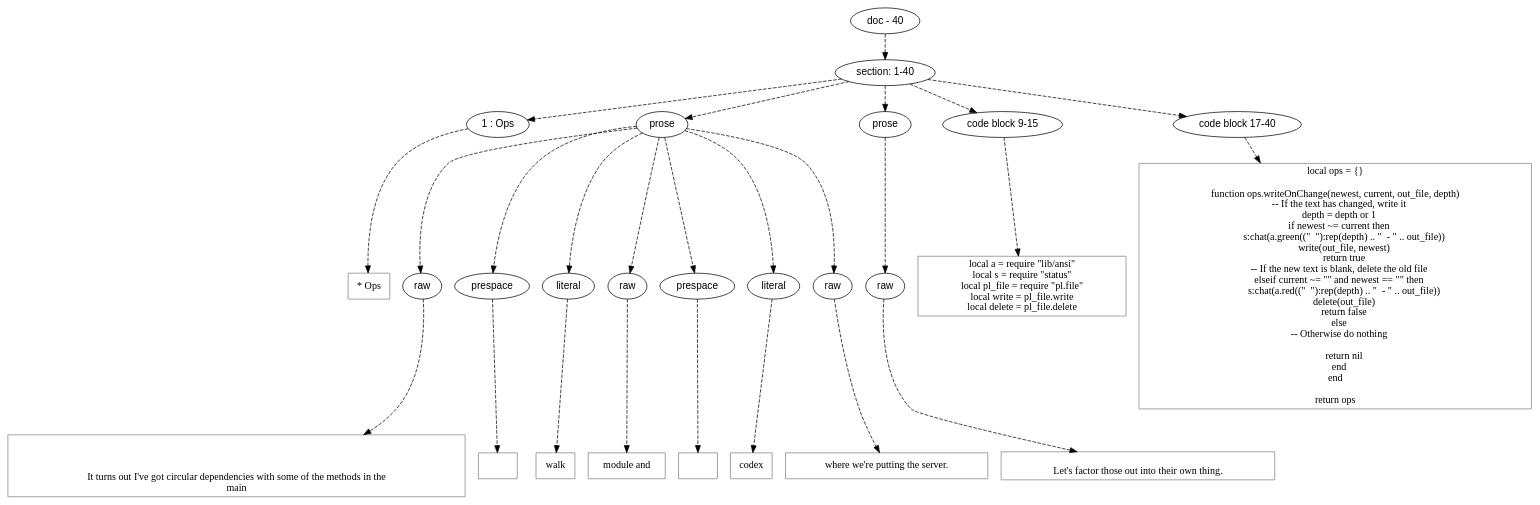
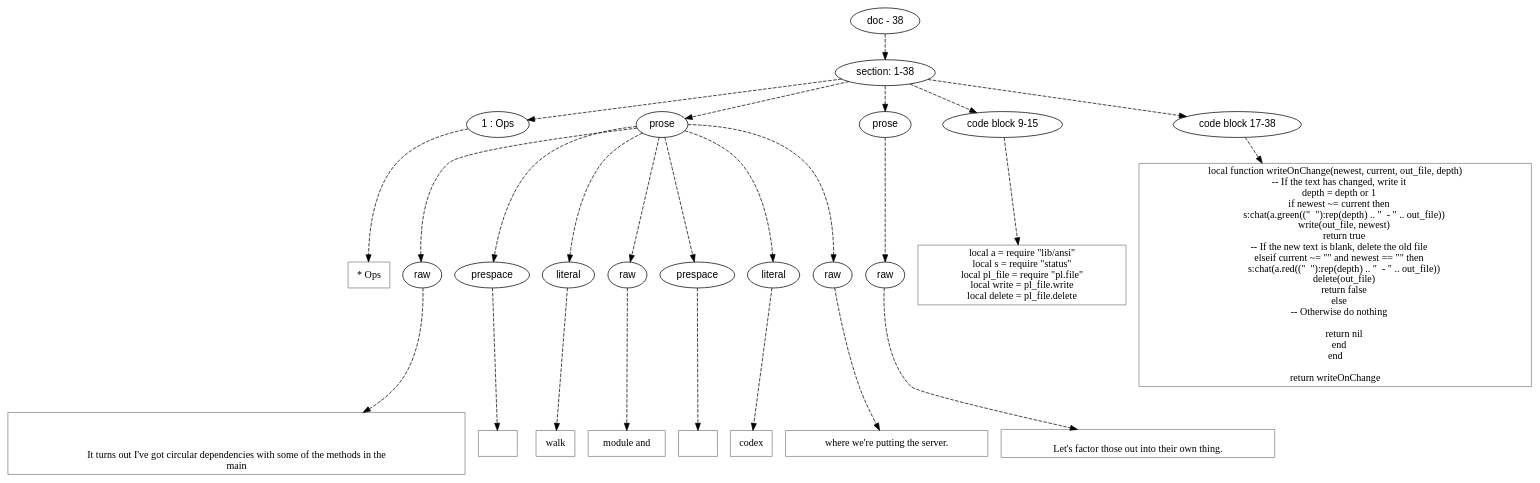
The diagram in doc/dot/walk/ops.dot (mnemnion/orb), drawn with Graphviz before and after one commit. The commit also changed 9 other files, not shown here.

```diff
--- a/doc/dot/walk/ops.dot
+++ b/doc/dot/walk/ops.dot
@@ -1,138 +1,136 @@
 digraph lpegNode {
 
 node [fontname=Helvetica]
 edge [style=dashed]
 
-doc_0 [label="doc - 40"]
+doc_0 [label="doc - 38"]
 
 
 doc_0 -> { section_1}
 {rank=same; section_1}
 
-section_1 [label="section: 1-40"]
+section_1 [label="section: 1-38"]
 
 
 // END RANK doc_0
 
 section_1 -> { header_2 prose_3 prose_4 codeblock_5 codeblock_6}
 {rank=same; header_2 prose_3 prose_4 codeblock_5 codeblock_6}
 
 header_2 [label="1 : Ops"]
 
 prose_3 [label="prose"]
 
 prose_4 [label="prose"]
 
 codeblock_5 [label="code block 9-15"]
 
-codeblock_6 [label="code block 17-40"]
+codeblock_6 [label="code block 17-38"]
 
 
 // END RANK section_1
 
 header_2 -> leaf_7
 leaf_7  [color=Gray,shape=rectangle,fontname=Inconsolata,label="* Ops"]
 // END RANK header_2
 
 prose_3 -> { raw_8 prespace_9 literal_10 raw_11 prespace_12 literal_13 raw_14}
 {rank=same; raw_8 prespace_9 literal_10 raw_11 prespace_12 literal_13 raw_14}
 
 raw_8 [label="raw"]
 
 prespace_9 [label="prespace"]
 
 literal_10 [label="literal"]
 
 raw_11 [label="raw"]
 
 prespace_12 [label="prespace"]
 
 literal_13 [label="literal"]
 
 raw_14 [label="raw"]
 
 
 // END RANK prose_3
 
 raw_8 -> leaf_15
 leaf_15  [color=Gray,shape=rectangle,fontname=Inconsolata,label="
 
 
 It turns out I've got circular dependencies with some of the methods in the
 main"]
 // END RANK raw_8
 
 prespace_9 -> leaf_16
 leaf_16  [color=Gray,shape=rectangle,fontname=Inconsolata,label=" "]
 // END RANK prespace_9
 
 literal_10 -> leaf_17
 leaf_17  [color=Gray,shape=rectangle,fontname=Inconsolata,label="walk"]
 // END RANK literal_10
 
 raw_11 -> leaf_18
 leaf_18  [color=Gray,shape=rectangle,fontname=Inconsolata,label=" module and"]
 // END RANK raw_11
 
 prespace_12 -> leaf_19
 leaf_19  [color=Gray,shape=rectangle,fontname=Inconsolata,label=" "]
 // END RANK prespace_12
 
 literal_13 -> leaf_20
 leaf_20  [color=Gray,shape=rectangle,fontname=Inconsolata,label="codex"]
 // END RANK literal_13
 
 raw_14 -> leaf_21
 leaf_21  [color=Gray,shape=rectangle,fontname=Inconsolata,label=" where we're putting the server.
 "]
 // END RANK raw_14
 
 prose_4 -> { raw_22}
 {rank=same; raw_22}
 
 raw_22 [label="raw"]
 
 
 // END RANK prose_4
 
 raw_22 -> leaf_23
 leaf_23  [color=Gray,shape=rectangle,fontname=Inconsolata,label="
 Let's factor those out into their own thing.
 "]
 // END RANK raw_22
 
 codeblock_5 -> leaf_24
 leaf_24  [color=Gray,shape=rectangle,fontname=Inconsolata,label="local a = require \"lib/ansi\"
 local s = require \"status\"
 local pl_file = require \"pl.file\"
 local write = pl_file.write
 local delete = pl_file.delete"]
 // END RANK codeblock_5
 
 codeblock_6 -> leaf_25
-leaf_25  [color=Gray,shape=rectangle,fontname=Inconsolata,label="local ops = {}
-
-function ops.writeOnChange(newest, current, out_file, depth)
+leaf_25  [color=Gray,shape=rectangle,fontname=Inconsolata,label="local function writeOnChange(newest, current, out_file, depth)
     -- If the text has changed, write it
     depth = depth or 1
     if newest ~= current then
         s:chat(a.green((\"  \"):rep(depth) .. \"  - \" .. out_file))
         write(out_file, newest)
         return true
     -- If the new text is blank, delete the old file
     elseif current ~= \"\" and newest == \"\" then
         s:chat(a.red((\"  \"):rep(depth) .. \"  - \" .. out_file))
         delete(out_file)
         return false
     else
     -- Otherwise do nothing
 
         return nil
     end
 end
 
-return ops"]
+return writeOnChange"]
 // END RANK codeblock_6
 
 
 }
```
